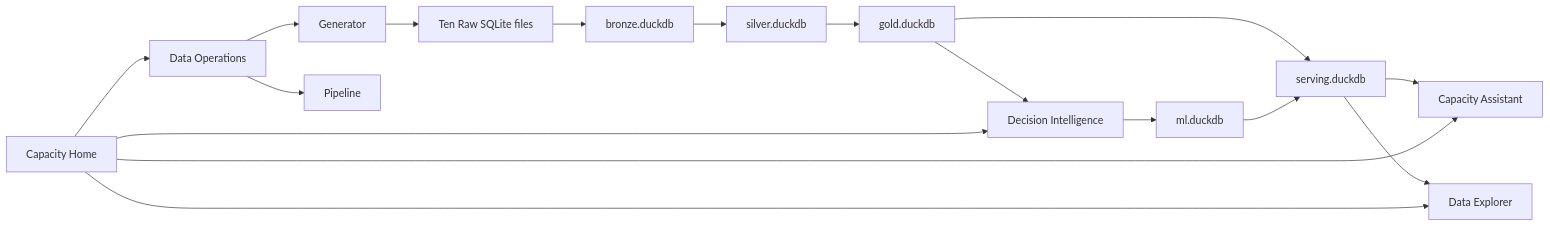
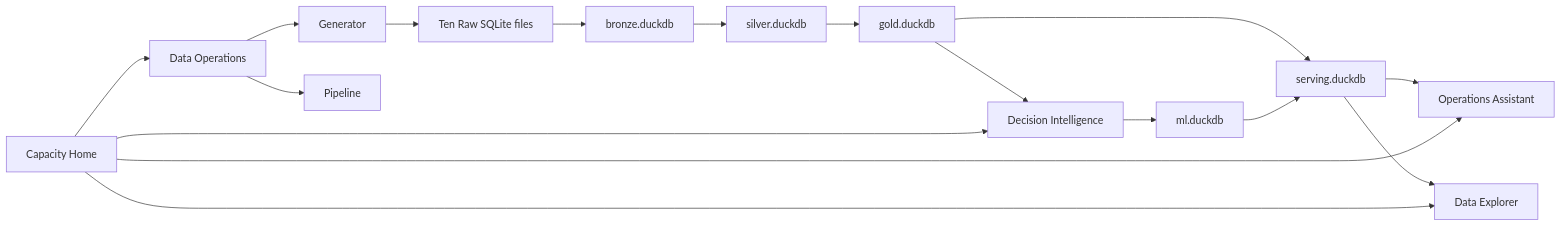
One commit to jayantsom/Capacity_Planning_Digital_Twin changed the diagram in docs/architecture/system-architecture.md. Above: the diagram before and after it, drawn with Mermaid. The commit also changed other lines of this file and 177 other files, not shown here.

````diff
--- a/docs/architecture/system-architecture.md
+++ b/docs/architecture/system-architecture.md
@@ -10,20 +10,20 @@
 ```mermaid
 %% Show the approved local data flow.
 flowchart LR
   D[Data Operations] --> G[Generator]
   D --> P[Pipeline]
   G --> R[Ten Raw SQLite files]
   R --> B[bronze.duckdb]
   B --> S[silver.duckdb]
   S --> O[gold.duckdb]
   O --> M[Decision Intelligence]
   M --> MD[ml.duckdb]
   O --> V[serving.duckdb]
   MD --> V
-  V --> Y[Capacity Assistant]
+  V --> Y[Operations Assistant]
   V --> E[Data Explorer]
   H[Capacity Home] --> Y
   H --> E
   H --> D
   H --> M
 ```
````
